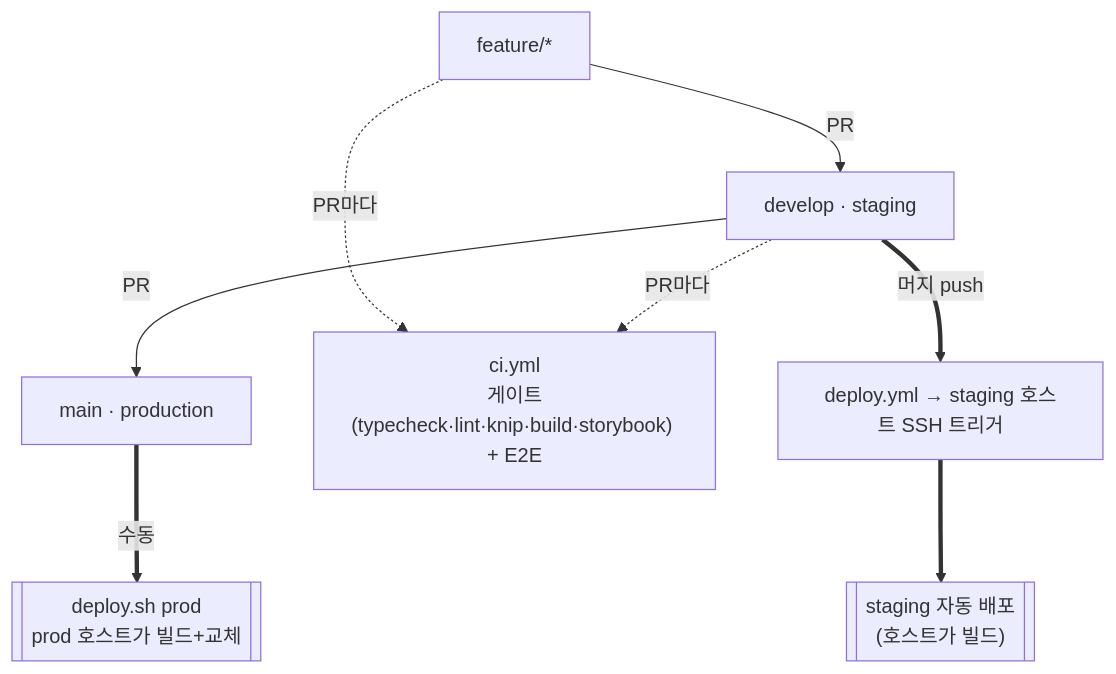
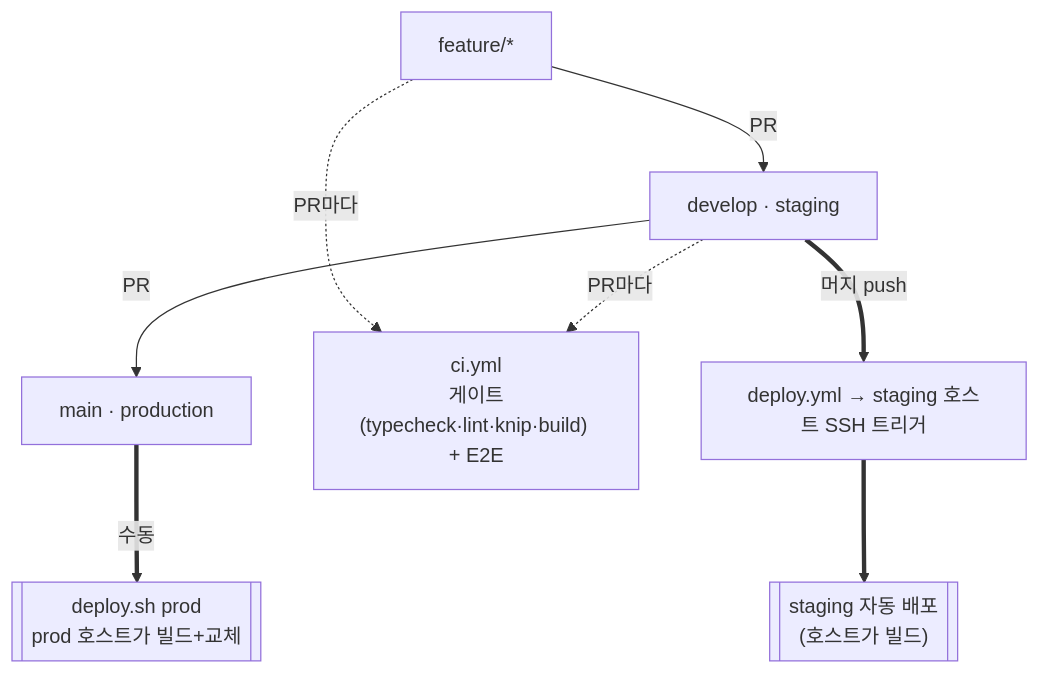
Before and after one commit to wafflestudio/cse.snu.ac.kr: the second of 2 diagrams in README.md, drawn with Mermaid. The commit also changed other lines of this file and 46 other files, not shown here.

````diff
--- a/README.md
+++ b/README.md
@@ -102,12 +102,12 @@
 ```mermaid
 flowchart TD
   feat["feature/*"] -->|"PR"| dev["develop · staging"]
   dev -->|"PR"| main["main · production"]
 
   feat -. "PR마다" .-> ci
   dev -. "PR마다" .-> ci
-  ci["ci.yml<br/>게이트(typecheck·lint·knip·build·storybook) + E2E"]
+  ci["ci.yml<br/>게이트(typecheck·lint·knip·build) + E2E"]
 
   dev ==>|"머지 push"| dstg["deploy.yml → staging 호스트 SSH 트리거"] ==> stg[["staging 자동 배포<br/>(호스트가 빌드)"]]
   main ==>|"수동"| prd[["deploy.sh prod<br/>prod 호스트가 빌드+교체"]]
 ```
````
